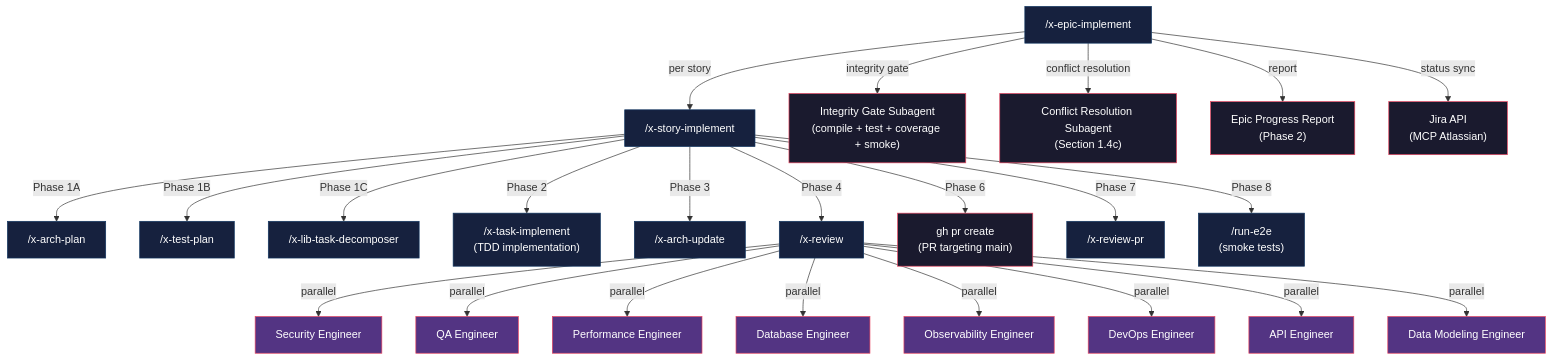
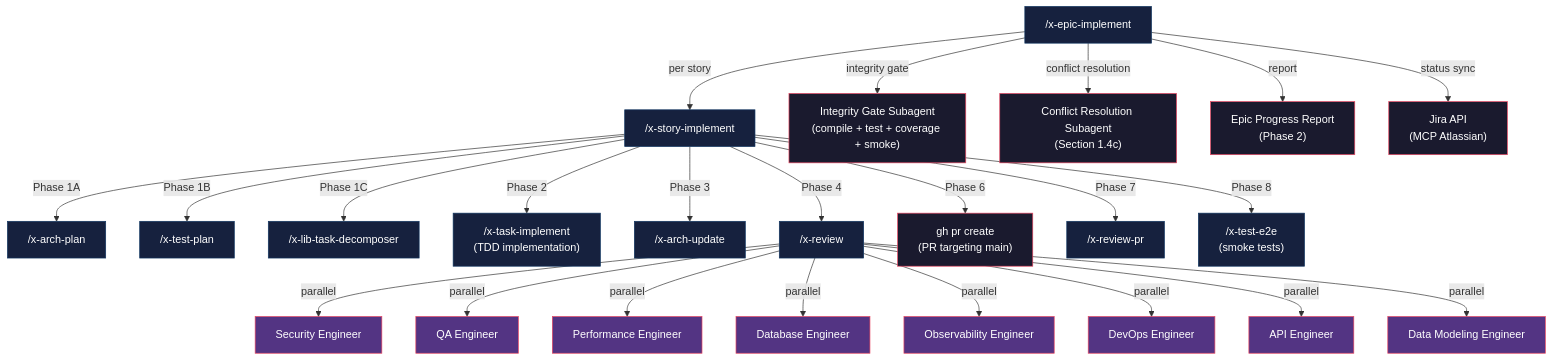
Before and after one commit to edercnj/ia-dev-environment: the fourth of 8 diagrams in java/src/test/resources/golden/typescript-commander-cli/.claude/skills/x-epic-implement/README.md, drawn with Mermaid. The commit also changed other lines of this file and 1660 other files, not shown here.

````diff
--- a/java/src/test/resources/golden/typescript-commander-cli/.claude/skills/x-epic-implement/README.md
+++ b/java/src/test/resources/golden/typescript-commander-cli/.claude/skills/x-epic-implement/README.md
@@ -210,36 +210,36 @@
 ```mermaid
 graph TD
     EPIC["/x-epic-implement"] -->|per story| LIFE["/x-story-implement"]
 
     LIFE -->|Phase 1A| ARCH["/x-arch-plan"]
     LIFE -->|Phase 1B| TEST["/x-test-plan"]
     LIFE -->|Phase 1C| TASK["/x-lib-task-decomposer"]
     LIFE -->|Phase 2| IMPL["/x-task-implement<br/>(TDD implementation)"]
     LIFE -->|Phase 3| ARCHUP["/x-arch-update"]
     LIFE -->|Phase 4| REVIEW["/x-review"]
     LIFE -->|Phase 6| PR["gh pr create<br/>(PR targeting main)"]
     LIFE -->|Phase 7| LTREVIEW["/x-review-pr"]
-    LIFE -->|Phase 8| E2E["/run-e2e<br/>(smoke tests)"]
+    LIFE -->|Phase 8| E2E["/x-test-e2e<br/>(smoke tests)"]
 
     REVIEW -->|parallel| S1["Security Engineer"]
     REVIEW -->|parallel| S2["QA Engineer"]
     REVIEW -->|parallel| S3["Performance Engineer"]
     REVIEW -->|parallel| S4["Database Engineer"]
     REVIEW -->|parallel| S5["Observability Engineer"]
     REVIEW -->|parallel| S6["DevOps Engineer"]
     REVIEW -->|parallel| S7["API Engineer"]
     REVIEW -->|parallel| S8["Data Modeling Engineer"]
 
     EPIC -->|integrity gate| GATE["Integrity Gate Subagent<br/>(compile + test + coverage + smoke)"]
     EPIC -->|conflict resolution| CONFLICT["Conflict Resolution Subagent<br/>(Section 1.4c)"]
     EPIC -->|report| REPORT["Epic Progress Report<br/>(Phase 2)"]
     EPIC -->|status sync| JIRA["Jira API<br/>(MCP Atlassian)"]
 
     classDef skill fill:#16213e,stroke:#0f3460,color:#fff
     classDef specialist fill:#533483,stroke:#e94560,color:#fff
     classDef infra fill:#1a1a2e,stroke:#e94560,color:#fff
 
     class EPIC,LIFE,ARCH,TEST,TASK,IMPL,ARCHUP,REVIEW,LTREVIEW,E2E skill
     class S1,S2,S3,S4,S5,S6,S7,S8 specialist
     class PR,GATE,CONFLICT,REPORT,JIRA infra
 ```
````
